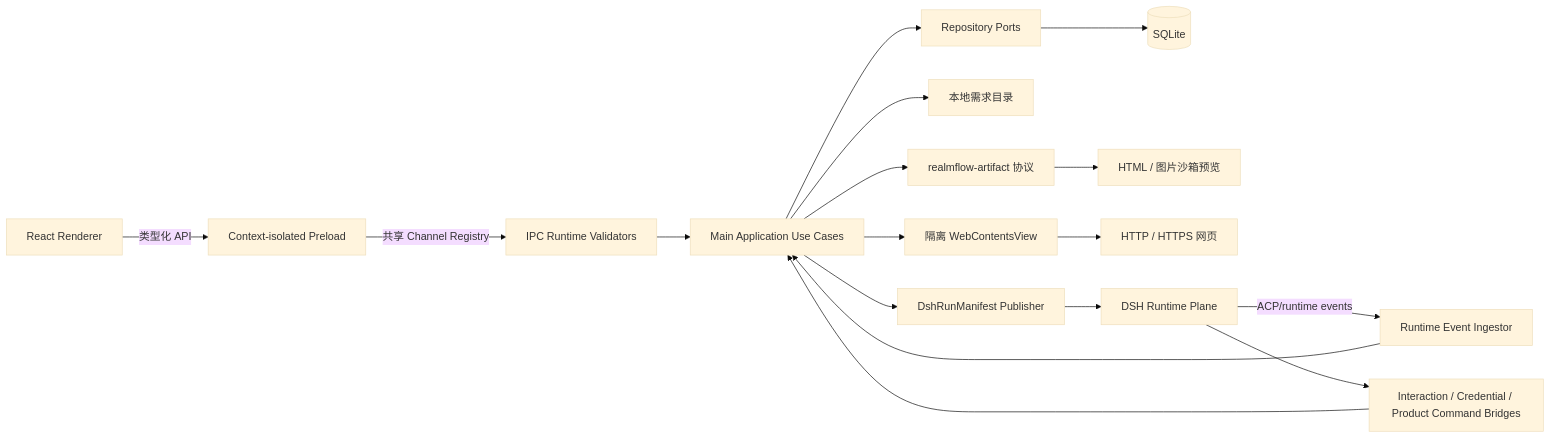
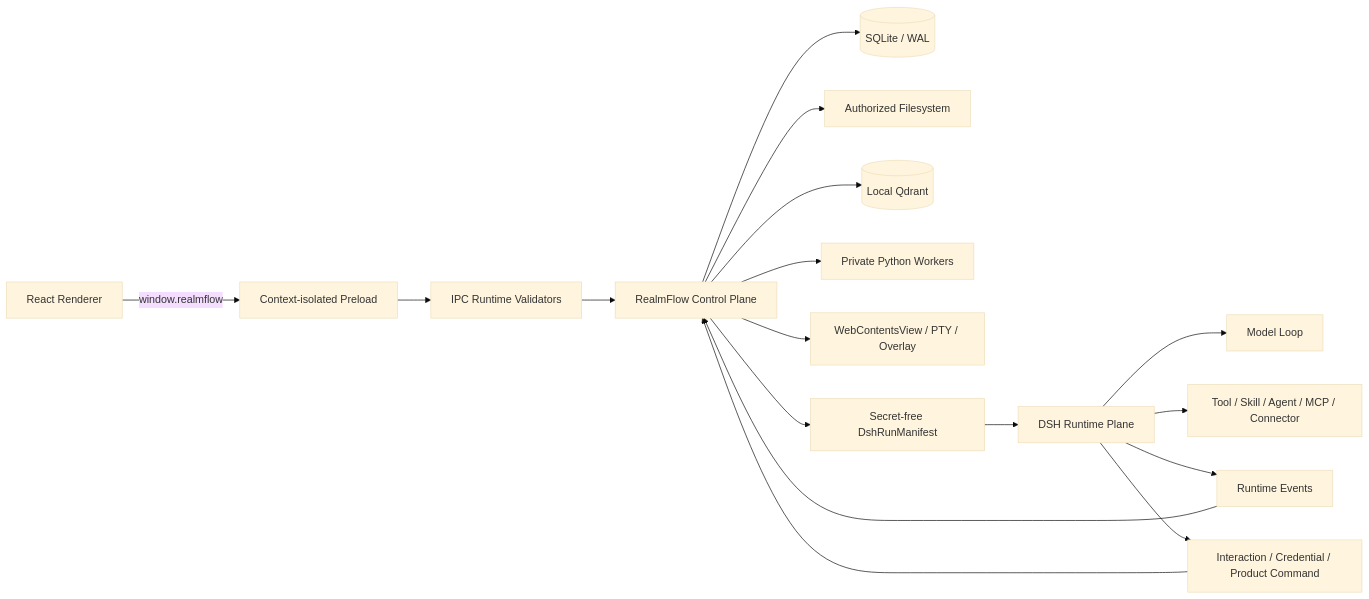
One commit to Qbian61/realmflow changed the diagram in README.md. Above: the diagram before and after it, drawn with Mermaid (base theme). The commit also changed other lines of this file, not shown here.

````diff
--- a/README.md
+++ b/README.md
@@ -48,19 +99,21 @@
 ```mermaid
 flowchart LR
-  UI[React Renderer] -->|类型化 API| Preload[Context-isolated Preload]
-  Preload -->|共享 Channel Registry| Validate[IPC Runtime Validators]
-  Validate --> UseCase[Main Application Use Cases]
-  UseCase --> Ports[Repository Ports]
-  Ports --> SQLite[(SQLite)]
-  UseCase --> FS[本地需求目录]
-  UseCase --> Protocol[realmflow-artifact 协议]
-  Protocol --> Preview[HTML / 图片沙箱预览]
-  UseCase --> WebView[隔离 WebContentsView]
-  WebView --> Web[HTTP / HTTPS 网页]
-  UseCase --> Manifest[DshRunManifest Publisher]
+  UI[React Renderer] -->|window.realmflow| Preload[Context-isolated Preload]
+  Preload --> Validate[IPC Runtime Validators]
+  Validate --> Main[RealmFlow Control Plane]
+
+  Main --> SQLite[(SQLite / WAL)]
+  Main --> Files[Authorized Filesystem]
+  Main --> Qdrant[(Local Qdrant)]
+  Main --> Workers[Private Python Workers]
+  Main --> Workbench[WebContentsView / PTY / Overlay]
+
+  Main --> Manifest[Secret-free DshRunManifest]
   Manifest --> DSH[DSH Runtime Plane]
-  DSH -->|ACP/runtime events| RuntimeEvents[Runtime Event Ingestor]
-  RuntimeEvents --> UseCase
-  DSH --> Bridge[Interaction / Credential / Product Command Bridges]
-  Bridge --> UseCase
+  DSH --> Model[Model Loop]
+  DSH --> Capabilities[Tool / Skill / Agent / MCP / Connector]
+  DSH --> Events[Runtime Events]
+  Events --> Main
+  DSH --> Bridges[Interaction / Credential / Product Command]
+  Bridges --> Main
 ```
````
